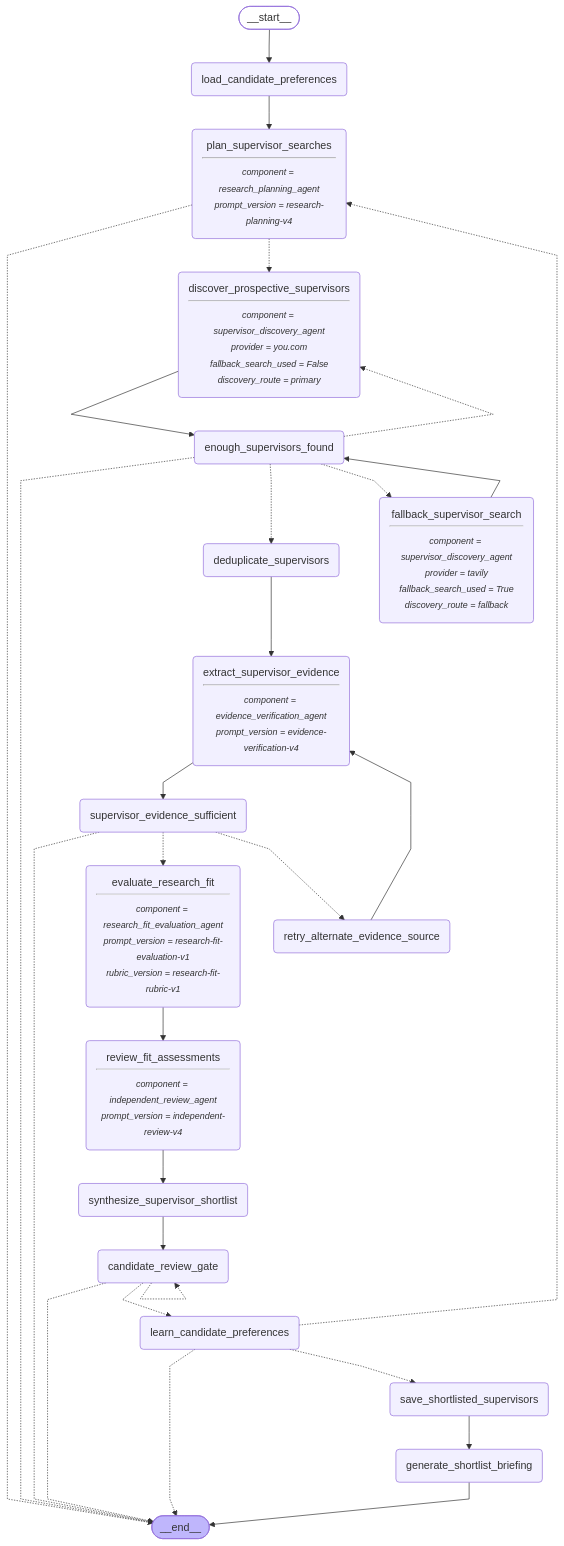
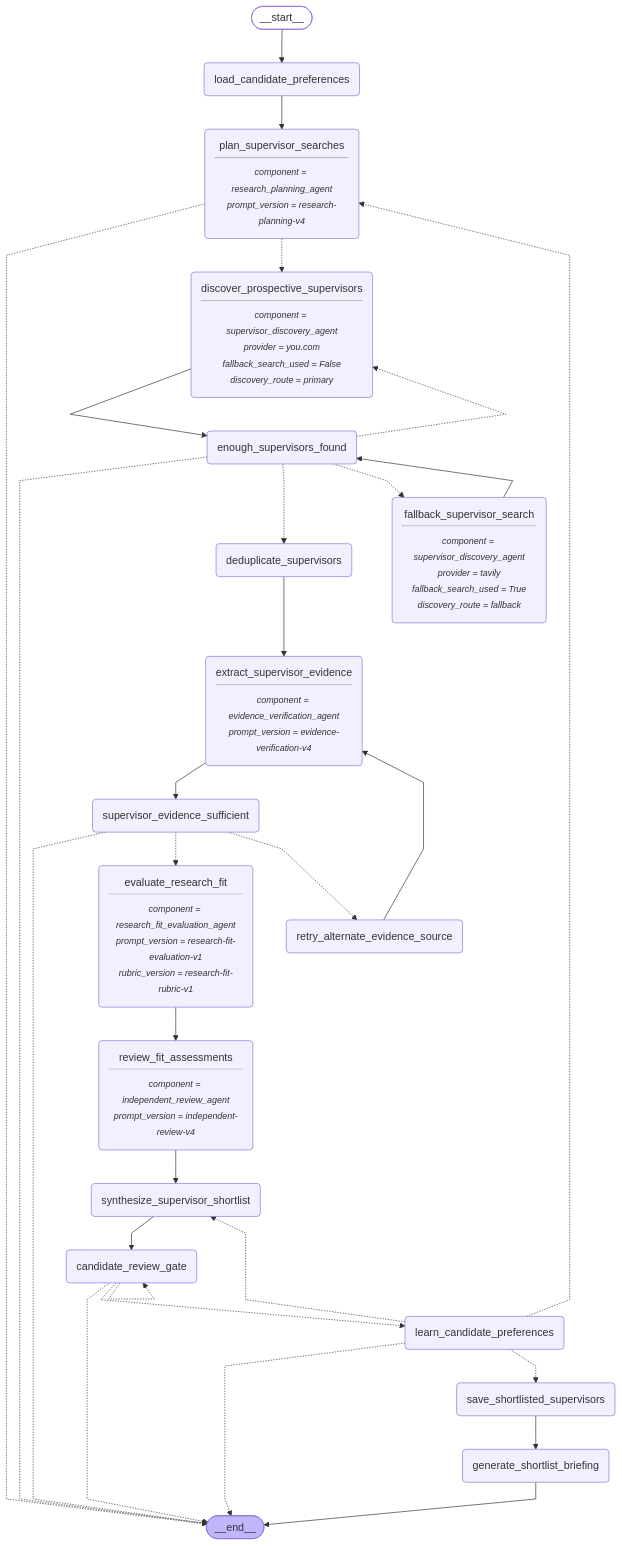
The diagram in projects/scholar-path/docs/m10-candidate-preference-memory-graph.mmd (shanly-rajan/ai-builder), drawn with Mermaid before and after one commit. The commit also changed 14 other files, not shown here.

```diff
--- a/projects/scholar-path/docs/m10-candidate-preference-memory-graph.mmd
+++ b/projects/scholar-path/docs/m10-candidate-preference-memory-graph.mmd
@@ -1,65 +1,66 @@
 ---
 config:
   flowchart:
     curve: linear
 ---
 graph TD;
 	__start__([<p>__start__</p>]):::first
 	load_candidate_preferences(load_candidate_preferences)
 	plan_supervisor_searches(plan_supervisor_searches<hr/><small><em>component = research_planning_agent
 prompt_version = research-planning-v4</em></small>)
 	discover_prospective_supervisors(discover_prospective_supervisors<hr/><small><em>component = supervisor_discovery_agent
 provider = you.com
 fallback_search_used = False
 discovery_route = primary</em></small>)
 	enough_supervisors_found(enough_supervisors_found)
 	fallback_supervisor_search(fallback_supervisor_search<hr/><small><em>component = supervisor_discovery_agent
 provider = tavily
 fallback_search_used = True
 discovery_route = fallback</em></small>)
 	deduplicate_supervisors(deduplicate_supervisors)
 	extract_supervisor_evidence(extract_supervisor_evidence<hr/><small><em>component = evidence_verification_agent
 prompt_version = evidence-verification-v4</em></small>)
 	supervisor_evidence_sufficient(supervisor_evidence_sufficient)
 	retry_alternate_evidence_source(retry_alternate_evidence_source)
 	evaluate_research_fit(evaluate_research_fit<hr/><small><em>component = research_fit_evaluation_agent
 prompt_version = research-fit-evaluation-v1
 rubric_version = research-fit-rubric-v1</em></small>)
 	review_fit_assessments(review_fit_assessments<hr/><small><em>component = independent_review_agent
 prompt_version = independent-review-v4</em></small>)
 	synthesize_supervisor_shortlist(synthesize_supervisor_shortlist)
 	candidate_review_gate(candidate_review_gate)
 	learn_candidate_preferences(learn_candidate_preferences)
 	save_shortlisted_supervisors(save_shortlisted_supervisors)
 	generate_shortlist_briefing(generate_shortlist_briefing)
 	__end__([<p>__end__</p>]):::last
 	__start__ --> load_candidate_preferences;
 	candidate_review_gate -.-> __end__;
 	candidate_review_gate -.-> learn_candidate_preferences;
 	deduplicate_supervisors --> extract_supervisor_evidence;
 	discover_prospective_supervisors --> enough_supervisors_found;
 	enough_supervisors_found -.-> __end__;
 	enough_supervisors_found -.-> deduplicate_supervisors;
 	enough_supervisors_found -.-> discover_prospective_supervisors;
 	enough_supervisors_found -.-> fallback_supervisor_search;
 	evaluate_research_fit --> review_fit_assessments;
 	extract_supervisor_evidence --> supervisor_evidence_sufficient;
 	fallback_supervisor_search --> enough_supervisors_found;
 	learn_candidate_preferences -.-> __end__;
 	learn_candidate_preferences -.-> plan_supervisor_searches;
 	learn_candidate_preferences -.-> save_shortlisted_supervisors;
+	learn_candidate_preferences -.-> synthesize_supervisor_shortlist;
 	load_candidate_preferences --> plan_supervisor_searches;
 	plan_supervisor_searches -.-> __end__;
 	plan_supervisor_searches -.-> discover_prospective_supervisors;
 	retry_alternate_evidence_source --> extract_supervisor_evidence;
 	review_fit_assessments --> synthesize_supervisor_shortlist;
 	save_shortlisted_supervisors --> generate_shortlist_briefing;
 	supervisor_evidence_sufficient -.-> __end__;
 	supervisor_evidence_sufficient -.-> evaluate_research_fit;
 	supervisor_evidence_sufficient -.-> retry_alternate_evidence_source;
 	synthesize_supervisor_shortlist --> candidate_review_gate;
 	generate_shortlist_briefing --> __end__;
 	candidate_review_gate -.-> candidate_review_gate;
 	classDef default fill:#f2f0ff,line-height:1.2
 	classDef first fill-opacity:0
 	classDef last fill:#bfb6fc
```
